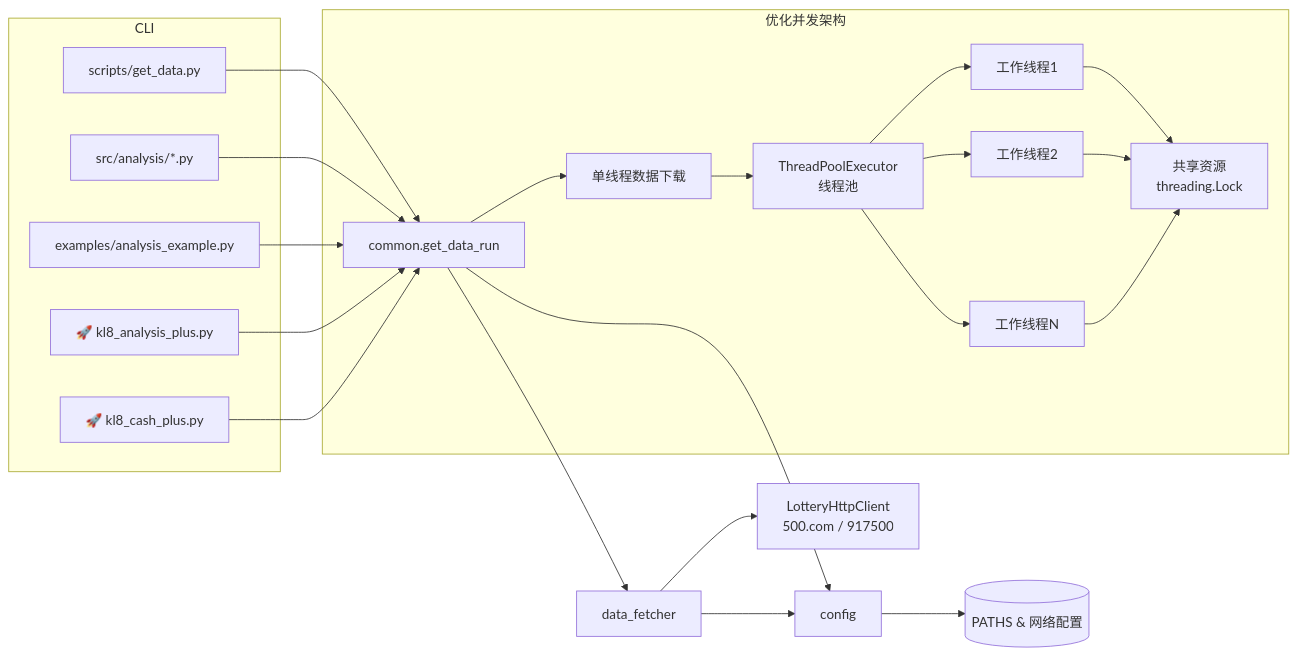
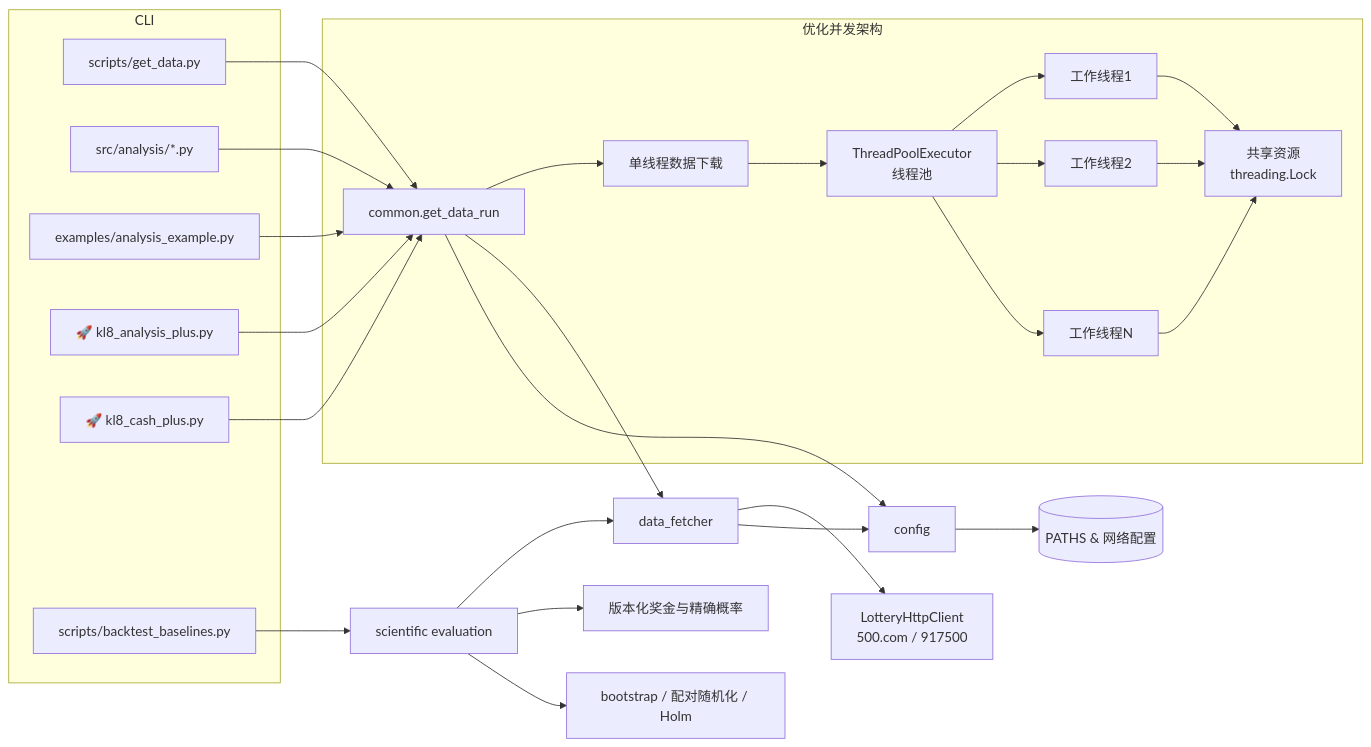
Before and after one commit to xznzz1/kl8-lottery-analyzer: the diagram in docs/architecture.md, drawn with Mermaid. The commit also changed other lines of this file and 25 other files, not shown here.

````diff
--- a/docs/architecture.md
+++ b/docs/architecture.md
@@ -3,35 +3,40 @@
 ```mermaid
 flowchart LR
     subgraph CLI
         A[scripts/get_data.py]
         B[src/analysis/*.py]
         C[examples/analysis_example.py]
         D[🚀 kl8_analysis_plus.py]
         E[🚀 kl8_cash_plus.py]
+        F[scripts/backtest_baselines.py]
     end
 
     A --> COM[common.get_data_run]
     B --> COM
     C --> COM
     D --> COM
     E --> COM
+    F --> SCI[scientific evaluation]
 
     subgraph "优化并发架构"
         COM --> DOWNLOAD[单线程数据下载]
         DOWNLOAD --> THREAD_POOL[ThreadPoolExecutor<br/>线程池]
         THREAD_POOL --> WORKER1[工作线程1]
         THREAD_POOL --> WORKER2[工作线程2]
         THREAD_POOL --> WORKERN[工作线程N]
         
         WORKER1 --> SHARED[共享资源<br/>threading.Lock]
         WORKER2 --> SHARED
         WORKERN --> SHARED
     end
 
     COM --> DF[data_fetcher]
     DF --> HTTP[LotteryHttpClient<br/>500.com / 917500]
     COM --> CFG[config]
     DF --> CFG
+    SCI --> DF
+    SCI --> PRIZE[版本化奖金与精确概率]
+    SCI --> STATS[bootstrap / 配对随机化 / Holm]
 
     CFG --> PATHS[(PATHS & 网络配置)]
 ```
````
